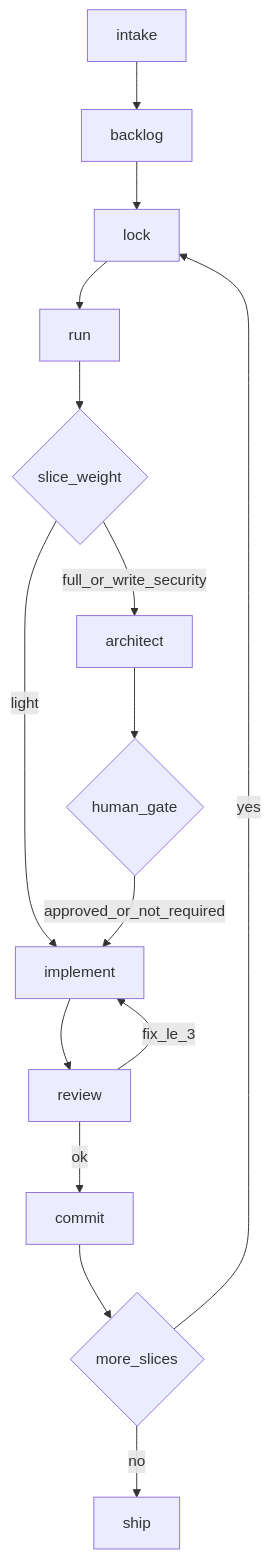
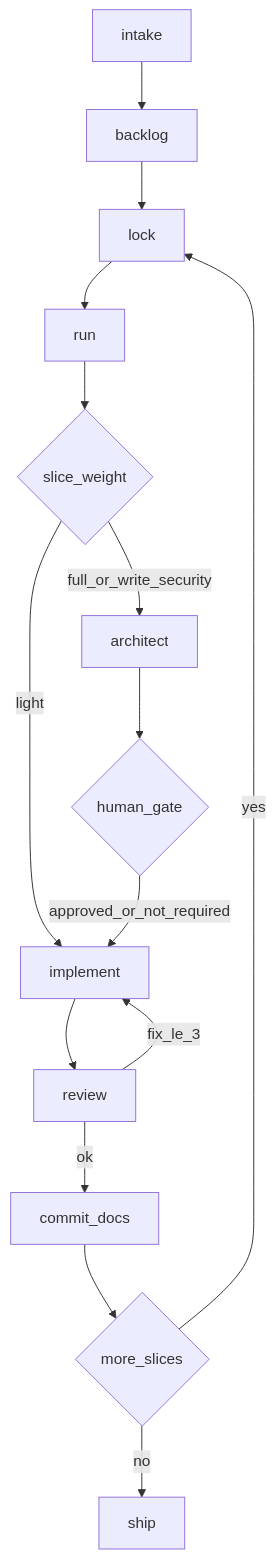
Before and after one commit to futuregerm/agent-kit-assembly-line: the diagram in docs/agent/README.md, drawn with Mermaid. The commit also changed other lines of this file and 13 other files, not shown here.

````diff
--- a/docs/agent/README.md
+++ b/docs/agent/README.md
@@ -16,17 +16,17 @@
 ```mermaid
 flowchart TD
   intake[intake] --> backlog[backlog]
   backlog --> lock[lock]
   lock --> run[run]
   run --> weight{slice_weight}
   weight -->|light| impl[implement]
   weight -->|full_or_write_security| arch[architect]
   arch --> human{human_gate}
   human -->|approved_or_not_required| impl
   impl --> rev[review]
   rev -->|fix_le_3| impl
-  rev -->|ok| commit[commit]
+  rev -->|ok| commit[commit_docs]
   commit --> more{more_slices}
   more -->|yes| lock
   more -->|no| ship[ship]
 ```
````
